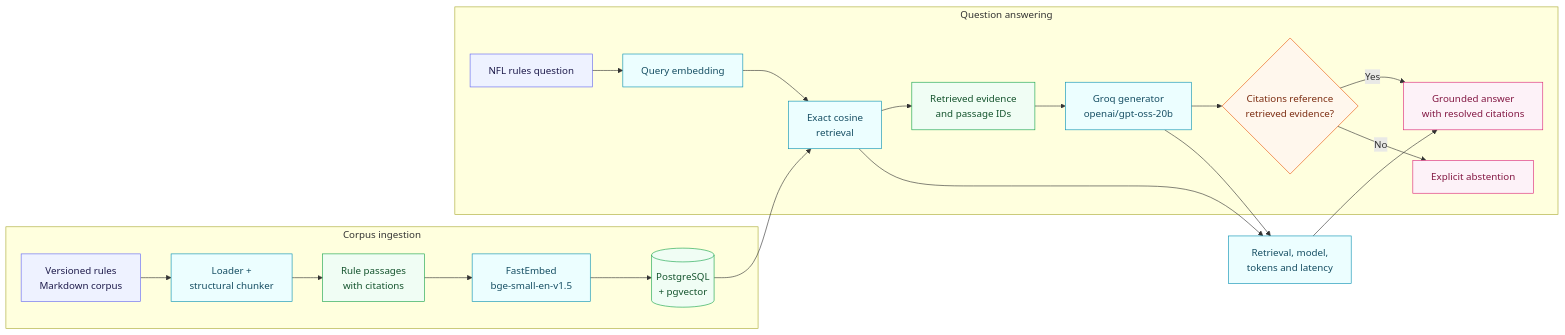
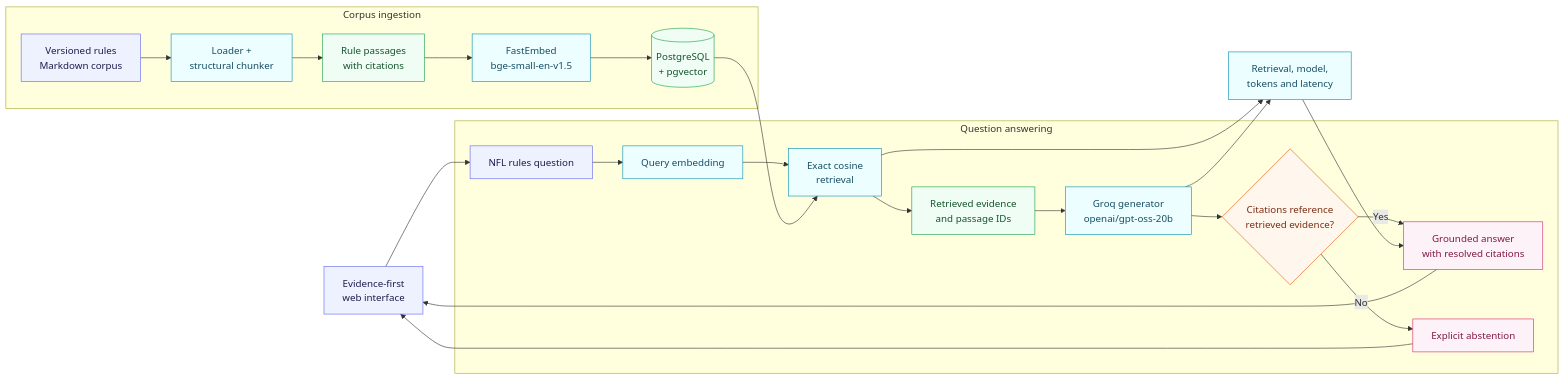
Before and after one commit to kilinkis/tracerag: the diagram in README.md, drawn with Mermaid. The commit also changed other lines of this file and 10 other files, not shown here.

First line of the commit message:
feat: add evidence-first web interface

````diff
--- a/README.md
+++ b/README.md
@@ -137,36 +139,41 @@
 ```mermaid
 flowchart LR
+    ui["Evidence-first<br/>web interface"]
+
     subgraph Ingestion["Corpus ingestion"]
         docs["Versioned rules<br/>Markdown corpus"] --> parser["Loader +<br/>structural chunker"]
         parser --> chunks["Rule passages<br/>with citations"]
         chunks --> embed["FastEmbed<br/>bge-small-en-v1.5"]
         embed --> store[("PostgreSQL<br/>+ pgvector")]
     end
 
     subgraph Query["Question answering"]
         question["NFL rules question"] --> qembed["Query embedding"]
         qembed --> retrieve["Exact cosine<br/>retrieval"]
         retrieve --> evidence["Retrieved evidence<br/>and passage IDs"]
         evidence --> generator["Groq generator<br/>openai/gpt-oss-20b"]
         generator --> validate{"Citations reference<br/>retrieved evidence?"}
         validate -->|Yes| answer["Grounded answer<br/>with resolved citations"]
         validate -->|No| abstain["Explicit abstention"]
     end
 
+    ui --> question
+    answer --> ui
+    abstain --> ui
     store --> retrieve
     retrieve --> trace["Retrieval, model,<br/>tokens and latency"]
     generator --> trace
     trace --> answer
 
     classDef source fill:#eef2ff,stroke:#6366f1,color:#1e1b4b
     classDef process fill:#ecfeff,stroke:#0891b2,color:#164e63
     classDef data fill:#f0fdf4,stroke:#16a34a,color:#14532d
     classDef decision fill:#fff7ed,stroke:#ea580c,color:#7c2d12
     classDef outcome fill:#fdf2f8,stroke:#db2777,color:#831843
 
-    class docs,question source
+    class ui,docs,question source
     class parser,embed,qembed,retrieve,generator,trace process
     class chunks,store,evidence data
     class validate decision
     class answer,abstain outcome
 ```
````
